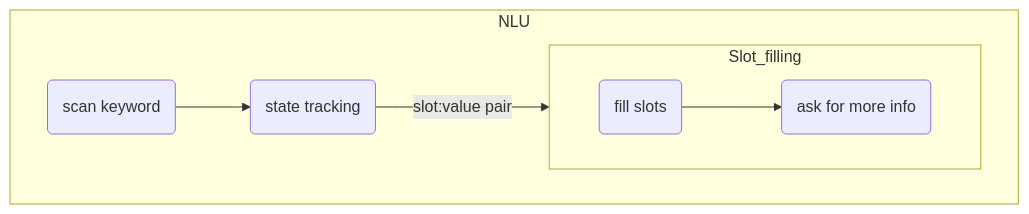
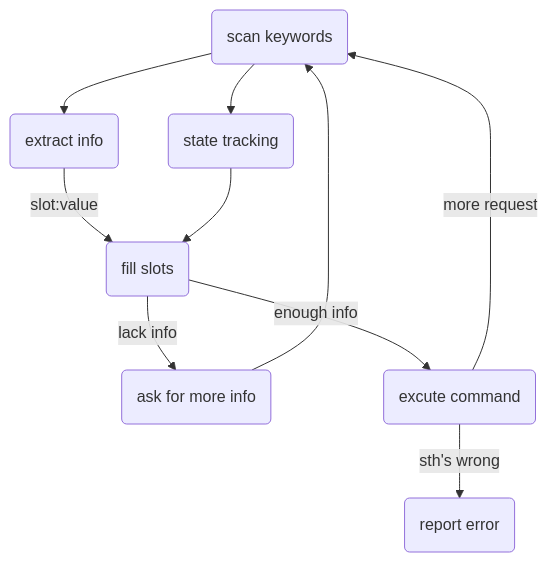
Before and after one commit to yuanhangtangle/SERVER_QA: the first of 2 diagrams in idea.md, drawn with Mermaid. The commit also changed other lines of this file and 14 other files, not shown here.

````diff
--- a/idea.md
+++ b/idea.md
@@ -1,12 +9,13 @@
 ```mermaid
-graph TB
-    subgraph NLU
-    kw(scan keyword) --> st(state tracking)
-    st -->|slot:value pair| Slot_filling
-    end
+graph TD
+    kw(scan keywords) --> st(state tracking)
+    kw --> ei(extract info)
+    ei -->|slot:value| fs
 
-    subgraph Slot_filling
-    sf(fill slots) --> ms(ask for more info)
-    end
-    
+    fs(fill slots) -->|lack info| ask(ask for more info)
+    ask --> kw
+    st --> fs
+    fs -->|enough info| ex(excute command)
+    ex -->|sth's wrong| re(report error)
+    ex -->|more request| kw
 ```
````
